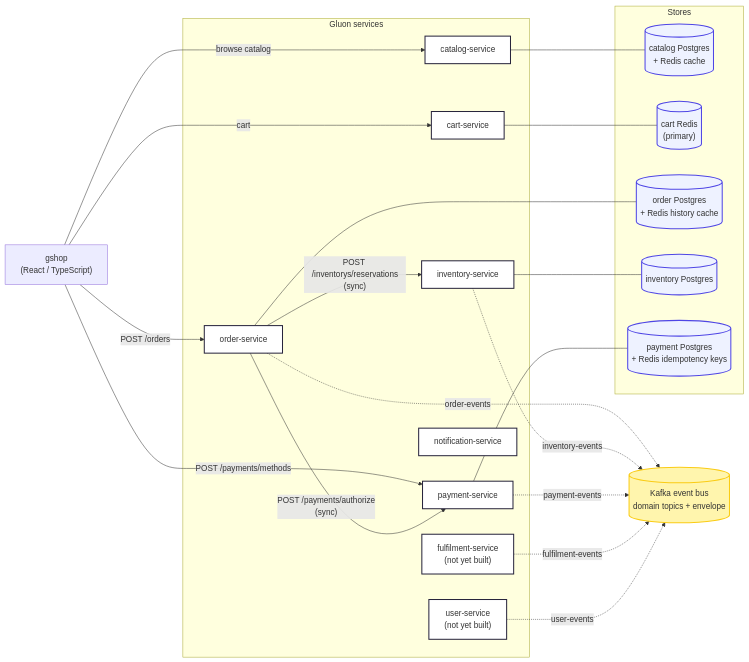
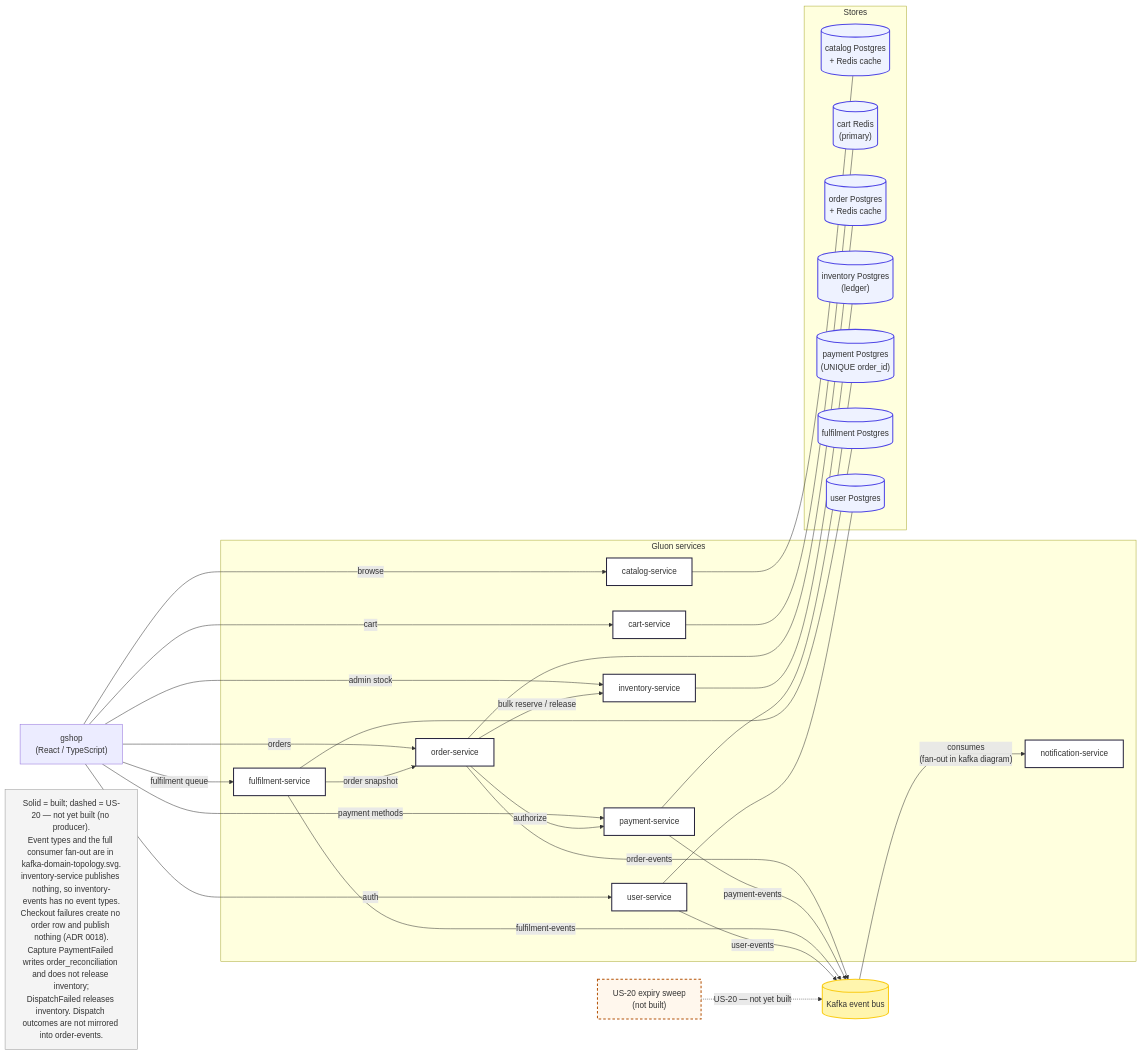
The diagram in docs/diagrams/order-fulfillment-topology.mmd (beckfordp/gluon), drawn with Mermaid before and after one commit. The commit also changed 15 other files, not shown here.

Commit message:
docs(diagrams): Refresh diagrams to current design

```diff
--- a/docs/diagrams/order-fulfillment-topology.mmd
+++ b/docs/diagrams/order-fulfillment-topology.mmd
@@ -1,49 +1,65 @@
 flowchart LR
     G["gshop<br/>(React / TypeScript)"]
 
     subgraph services["Gluon services"]
         CAT["catalog-service"]
         CART["cart-service"]
         O["order-service"]
         I["inventory-service"]
         P["payment-service"]
-        F["fulfilment-service<br/>(not yet built)"]
+        F["fulfilment-service"]
         N["notification-service"]
-        U["user-service<br/>(not yet built)"]
+        U["user-service"]
     end
 
     subgraph stores["Stores"]
         CATDB[("catalog Postgres<br/>+ Redis cache")]
         CARTDB[("cart Redis<br/>(primary)")]
-        ODB[("order Postgres<br/>+ Redis history cache")]
-        IDB[("inventory Postgres")]
-        PDB[("payment Postgres<br/>+ Redis idempotency keys")]
+        ODB[("order Postgres<br/>+ Redis cache")]
+        IDB[("inventory Postgres<br/>(ledger)")]
+        PDB[("payment Postgres<br/>(UNIQUE order_id)")]
+        FDB[("fulfilment Postgres")]
+        UDB[("user Postgres")]
     end
 
-    K[("Kafka event bus<br/>domain topics + envelope")]
+    K[("Kafka event bus")]
+    SWEEP["US-20 expiry sweep<br/>(not built)"]
 
-    G -->|"browse catalog"| CAT
+    G -->|"browse"| CAT
     G -->|"cart"| CART
-    G -->|"POST /orders"| O
-    G -->|"POST /payments/methods"| P
-    O -->|"POST /inventorys/reservations<br/>(sync)"| I
-    O -->|"POST /payments/authorize<br/>(sync)"| P
+    G -->|"auth"| U
+    G -->|"orders"| O
+    G -->|"payment methods"| P
+    G -->|"admin stock"| I
+    G -->|"fulfilment queue"| F
+    O -->|"bulk reserve / release"| I
+    O -->|"authorize"| P
+    F -->|"order snapshot"| O
 
     CAT --- CATDB
     CART --- CARTDB
     O --- ODB
     I --- IDB
     P --- PDB
+    F --- FDB
+    U --- UDB
 
-    O -.->|"order-events"| K
-    I -.->|"inventory-events"| K
-    P -.->|"payment-events"| K
-    F -.->|"fulfilment-events"| K
-    U -.->|"user-events"| K
+    O -->|"order-events"| K
+    P -->|"payment-events"| K
+    F -->|"fulfilment-events"| K
+    U -->|"user-events"| K
+    K -->|"consumes<br/>(fan-out in kafka diagram)"| N
+    SWEEP -.->|"US-20 — not yet built"| K
+
+    NOTE["Solid = built; dashed = US-20 — not yet built (no producer).<br/>Event types and the full consumer fan-out are in kafka-domain-topology.svg.<br/>inventory-service publishes nothing, so inventory-events has no event types.<br/>Checkout failures create no order row and publish nothing (ADR 0018).<br/>Capture PaymentFailed writes order_reconciliation and does not release inventory;<br/>DispatchFailed releases inventory. Dispatch outcomes are not mirrored into order-events."]
 
     classDef service fill:#ffffff,stroke:#28253D,stroke-width:2px
     classDef store fill:#eef2ff,stroke:#4f46e5,stroke-width:2px
     classDef bus fill:#fff5ad,stroke:#FACC15,stroke-width:2px
+    classDef notbuilt fill:#fff7ed,stroke:#b45309,stroke-width:2px,stroke-dasharray:5 4
+    classDef note fill:#f4f4f4,stroke:#999999
     class CAT,CART,O,I,P,F,N,U service
-    class CATDB,CARTDB,ODB,IDB,PDB store
+    class CATDB,CARTDB,ODB,IDB,PDB,FDB,UDB store
     class K bus
+    class SWEEP notbuilt
+    class NOTE note
```
